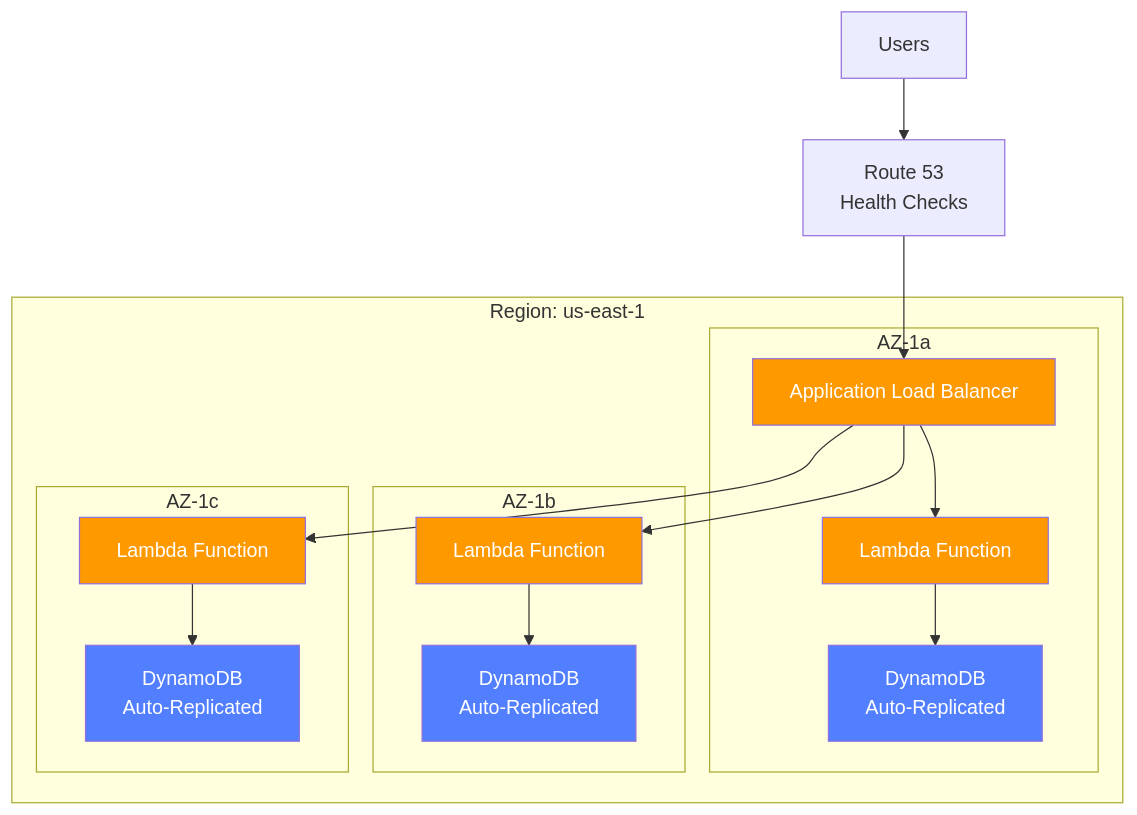
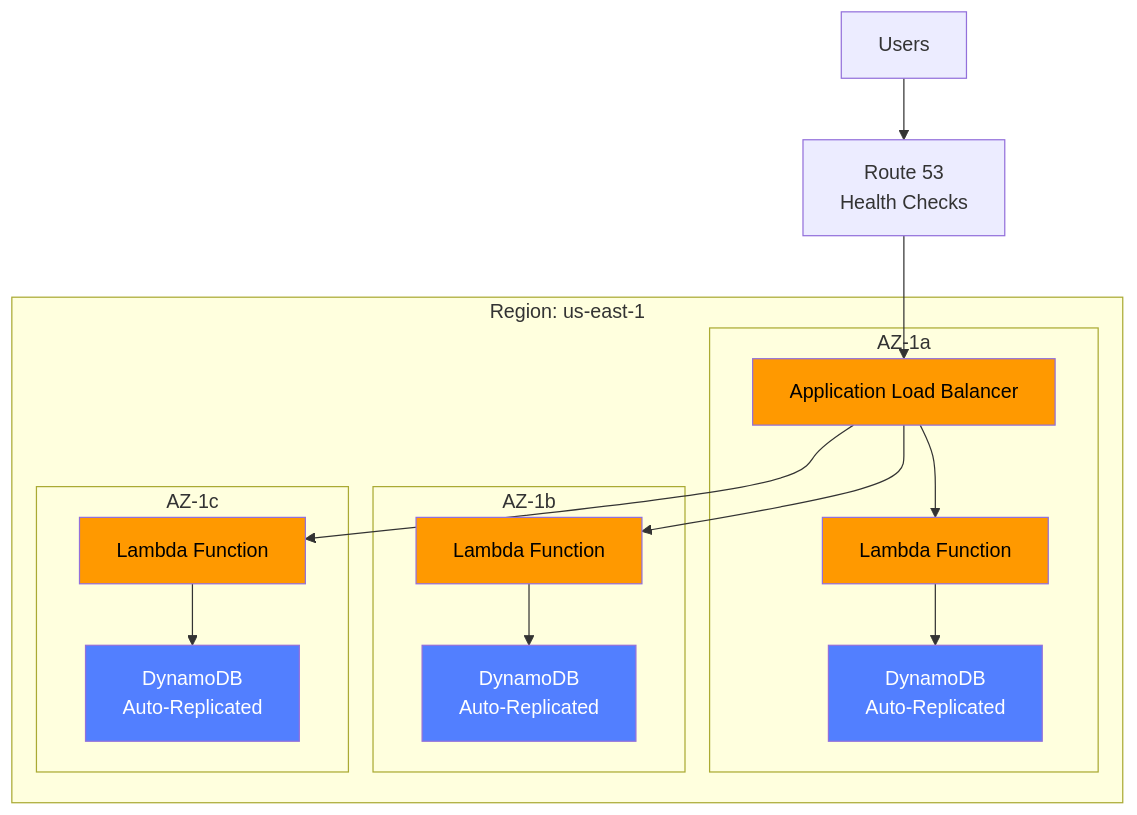
The diagram in docs/api-markdown/_media/skills/aws-security-architecture/SKILL.md (Hack23/European-Parliament-MCP-Server), drawn with Mermaid before and after one commit. The commit also changed 7 other files, not shown here.

````diff
--- a/docs/api-markdown/_media/skills/aws-security-architecture/SKILL.md
+++ b/docs/api-markdown/_media/skills/aws-security-architecture/SKILL.md
@@ -242,45 +242,45 @@
 ```mermaid
 graph TB
     subgraph "Region: us-east-1"
         subgraph "AZ-1a"
             ALB1[Application Load Balancer]
             Lambda1a[Lambda Function]
             DDB1a[DynamoDB<br/>Auto-Replicated]
         end
         
         subgraph "AZ-1b"
             Lambda1b[Lambda Function]
             DDB1b[DynamoDB<br/>Auto-Replicated]
         end
         
         subgraph "AZ-1c"
             Lambda1c[Lambda Function]
             DDB1c[DynamoDB<br/>Auto-Replicated]
         end
     end
     
     User[Users] --> R53[Route 53<br/>Health Checks]
     R53 --> ALB1
     ALB1 --> Lambda1a
     ALB1 --> Lambda1b
     ALB1 --> Lambda1c
     
     Lambda1a --> DDB1a
     Lambda1b --> DDB1b
     Lambda1c --> DDB1c
     
-    style ALB1 fill:#ff9900,color:#ffffff
+    style ALB1 fill:#ff9900,color:#000000
 
-    style Lambda1a fill:#ff9900,color:#ffffff
+    style Lambda1a fill:#ff9900,color:#000000
 
-    style Lambda1b fill:#ff9900,color:#ffffff
+    style Lambda1b fill:#ff9900,color:#000000
 
-    style Lambda1c fill:#ff9900,color:#ffffff
+    style Lambda1c fill:#ff9900,color:#000000
 
     style DDB1a fill:#527fff,color:#ffffff
 
     style DDB1b fill:#527fff,color:#ffffff
 
     style DDB1c fill:#527fff,color:#ffffff
 
 ```
````
